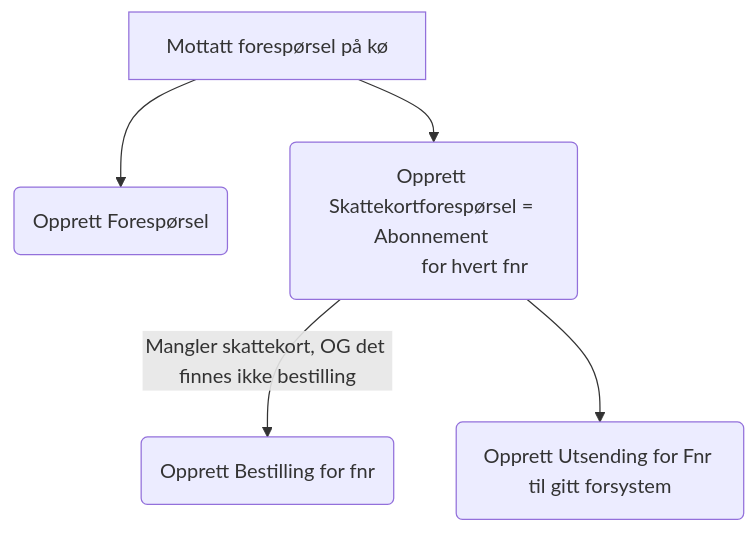
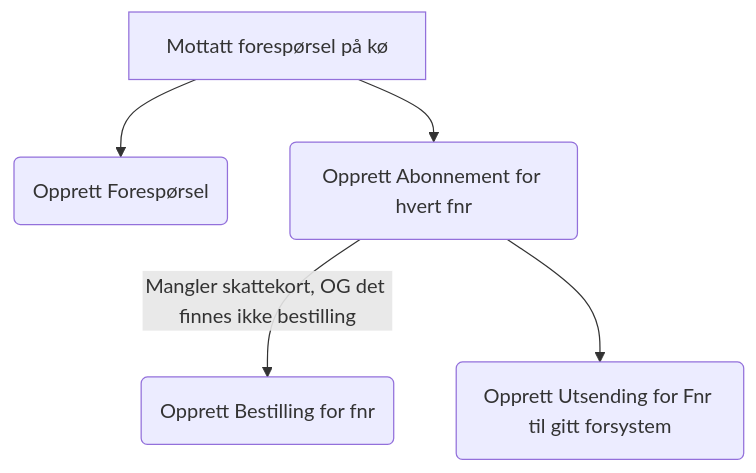
Before and after one commit to navikt/sokos-skattekort: the fifth of 7 diagrams in README.md, drawn with Mermaid. The commit also changed other lines of this file, not shown here.

Commit message:
mer erdiagram

````diff
--- a/README.md
+++ b/README.md
@@ -273,8 +223,7 @@
 ```mermaid
 flowchart TD
     A[Mottatt forespørsel på kø] --> F(Opprett Forespørsel)
-    A --> SF(Opprett Skattekortforespørsel = Abonnement 
-                for hvert fnr)
-SF -->|Mangler skattekort, OG det finnes ikke bestilling|B(Opprett Bestilling for fnr)
-SF --> U(Opprett Utsending for Fnr til gitt forsystem)
+    A --> SF(Opprett Abonnement for hvert fnr)
+    SF -->|Mangler skattekort, OG det finnes ikke bestilling| B(Opprett Bestilling for fnr)
+    SF --> U(Opprett Utsending for Fnr til gitt forsystem)
 ```
````
